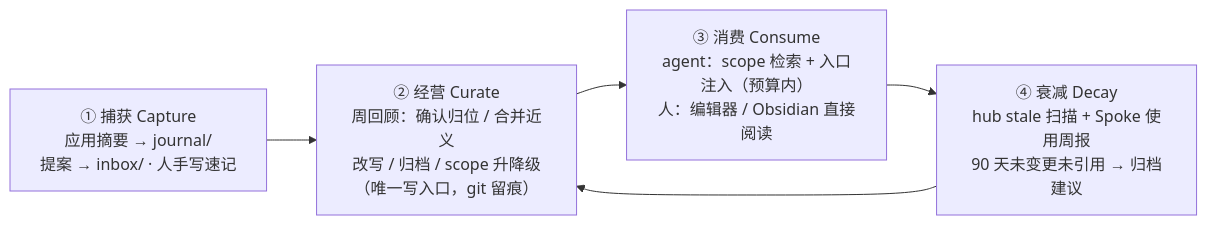
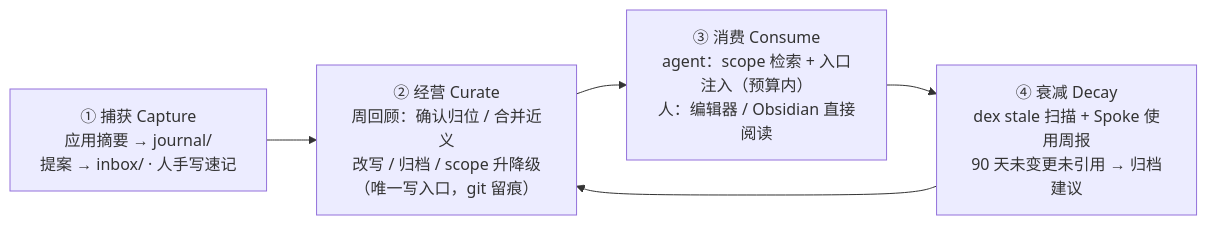
One commit to Jo0OCTsai/pokemon-choose-you changed the fourth of 4 diagrams in docs/proposals/PERSONAL_MEMORY_HUB_PROPOSAL.md. Above: the diagram before and after it, drawn with Mermaid. The commit also changed other lines of this file and 1 other file, not shown here.

Commit message:
docs: 记忆中枢定名 pokemon-remember-you——CLI 与图鉴 ~/dex，占位名 hub 全量替换为 dex (#78)

````diff
--- a/docs/proposals/PERSONAL_MEMORY_HUB_PROPOSAL.md
+++ b/docs/proposals/PERSONAL_MEMORY_HUB_PROPOSAL.md
@@ -200,7 +201,7 @@
 ```mermaid
 flowchart LR
     CAP["① 捕获 Capture<br/>应用摘要 → journal/<br/>提案 → inbox/ · 人手写速记"] --> CUR["② 经营 Curate<br/>周回顾：确认归位 / 合并近义<br/>改写 / 归档 / scope 升降级<br/>（唯一写入口，git 留痕）"]
     CUR --> CON["③ 消费 Consume<br/>agent：scope 检索 + 入口注入（预算内）<br/>人：编辑器 / Obsidian 直接阅读"]
-    CON --> DEC["④ 衰减 Decay<br/>hub stale 扫描 + Spoke 使用周报<br/>90 天未变更未引用 → 归档建议"]
+    CON --> DEC["④ 衰减 Decay<br/>dex stale 扫描 + Spoke 使用周报<br/>90 天未变更未引用 → 归档建议"]
     DEC --> CUR
 ```
````
